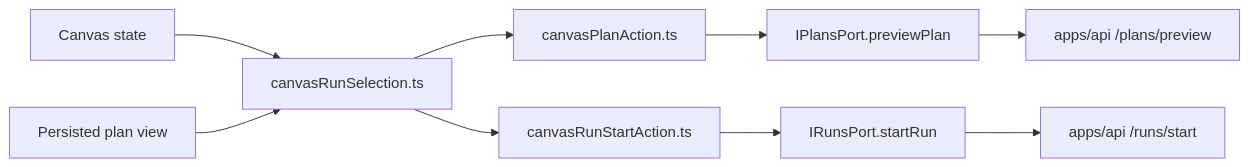
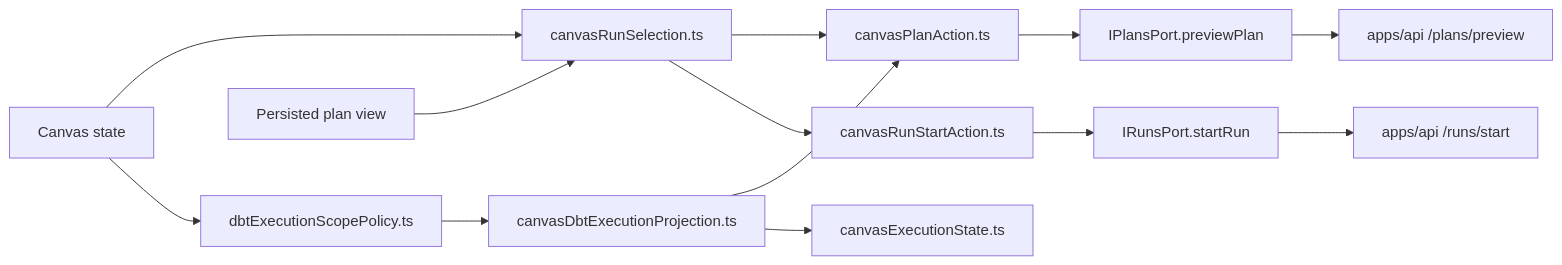
Before and after one commit to dunay2/dvt: the first of 5 diagrams in docs/architecture/components/web/graph/canvas-execution-selection-component.md, drawn with Mermaid. The commit also changed other lines of this file and 23 other files, not shown here.

Commit message:
fix(web): Prevent DBT Preview scope widening

````diff
--- a/docs/architecture/components/web/graph/canvas-execution-selection-component.md
+++ b/docs/architecture/components/web/graph/canvas-execution-selection-component.md
@@ -80,11 +90,15 @@
 ```mermaid
 flowchart LR
   Canvas["Canvas state"] --> Selection["canvasRunSelection.ts"]
+  Canvas --> DbtPolicy["dbtExecutionScopePolicy.ts"]
   Plan["Persisted plan view"] --> Selection
   Selection --> Preview["canvasPlanAction.ts"]
+  DbtPolicy --> Projection["canvasDbtExecutionProjection.ts"]
+  Projection --> Preview
+  Projection --> Readiness["canvasExecutionState.ts"]
   Selection --> Run["canvasRunStartAction.ts"]
   Preview --> PlansPort["IPlansPort.previewPlan"]
   Run --> RunsPort["IRunsPort.startRun"]
   PlansPort --> Api["apps/api /plans/preview"]
   RunsPort --> ApiStart["apps/api /runs/start"]
 ```
````
